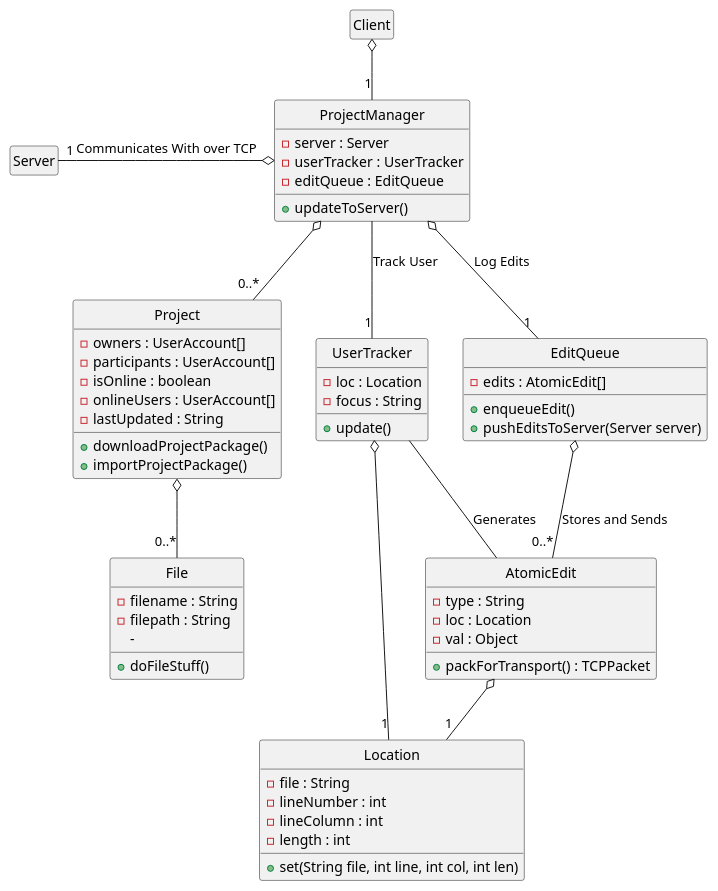
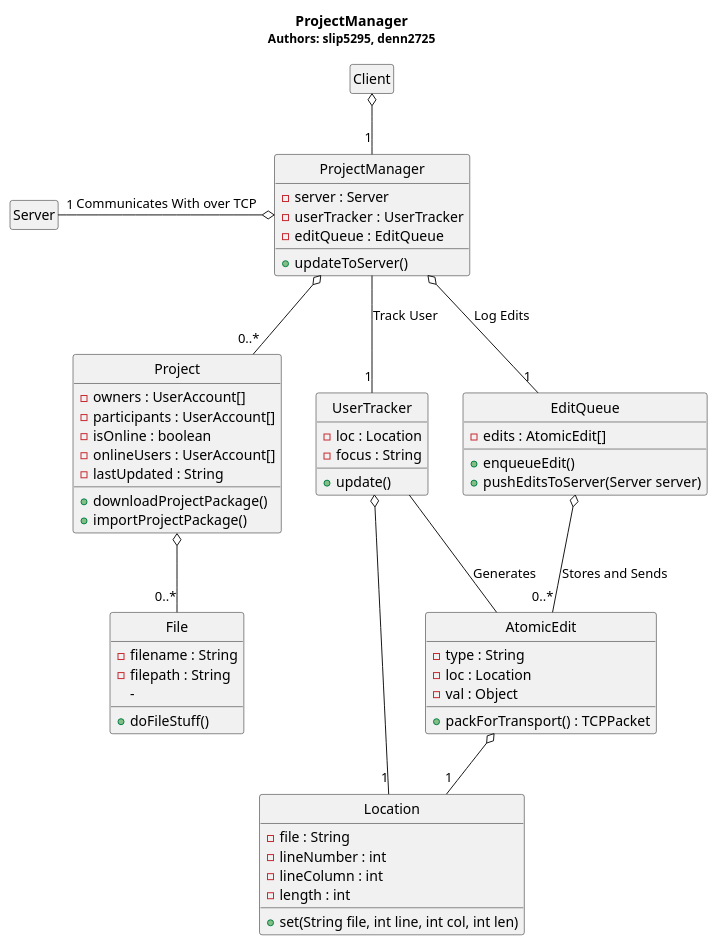
Before and after one commit to voxelv/sQuire_kw: the diagram in hw3/Client/client_project.pu, drawn with PlantUML. The commit also changed 1 other file, not shown here.

```diff
--- a/hw3/Client/client_project.pu
+++ b/hw3/Client/client_project.pu
@@ -1,79 +1,81 @@
 @startuml
 hide circle
 hide empty members
+
+title <b>ProjectManager</b>\n<size:12>Authors: slip5295, denn2725</size>
 
 class "Client" as sq_c
 
 class "ProjectManager" as sq_projmgr {
     -server : Server
     -userTracker : UserTracker
     -editQueue : EditQueue
     +updateToServer()
 }
 
 class "Server" as sq_server
 
 class "Project" as proj {
     -owners : UserAccount[]
     -participants : UserAccount[]
     -isOnline : boolean
     -onlineUsers : UserAccount[]
     -lastUpdated : String
     +downloadProjectPackage()
     +importProjectPackage()
 }
 
 class "File" as file {
     -filename : String
     -filepath : String
     -
     +doFileStuff()
 }
 
 class "UserTracker" as projmgr_utrack {
     -loc : Location
     -focus : String
     +update()
 }
 
 class "EditQueue" as projmgr_editq {
     -edits : AtomicEdit[]
     +enqueueEdit()
     +pushEditsToServer(Server server)
 }
 
 class "AtomicEdit" as editq_atomedit {
     -type : String
     -loc : Location
     -val : Object
     +packForTransport() : TCPPacket
 }
 
 class "Location" as loc {
     -file : String
     -lineNumber : int
     -lineColumn : int
     -length : int
     +set(String file, int line, int col, int len)
 }
 
 sq_c o-- "1" sq_projmgr
 
 sq_projmgr o-left- "1" sq_server : Communicates With over TCP
 
 sq_projmgr -- "1" projmgr_utrack : Track User
 sq_projmgr o-- "1" projmgr_editq : Log Edits
 sq_projmgr o-- "0..*" proj
 
 proj o-- "0..*" file
 
 projmgr_editq o-- "0..*" editq_atomedit : Stores and Sends
 
 projmgr_utrack o-- "1" loc
 projmgr_utrack -- editq_atomedit : Generates
 
 editq_atomedit o-- "1" loc
 
 
 
 @enduml
```
